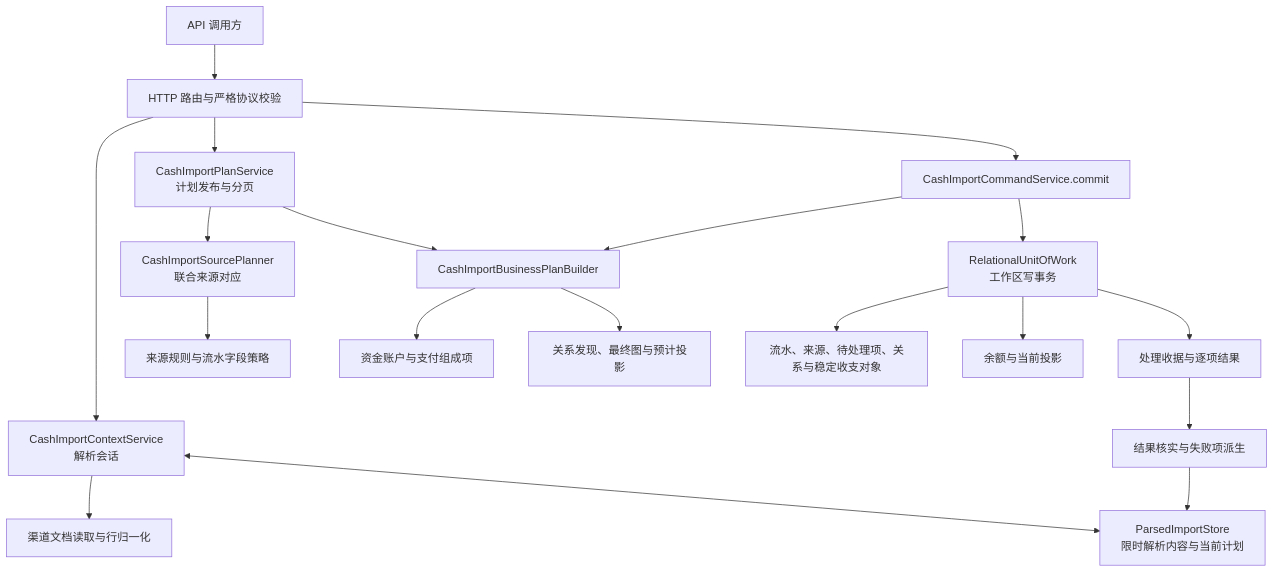
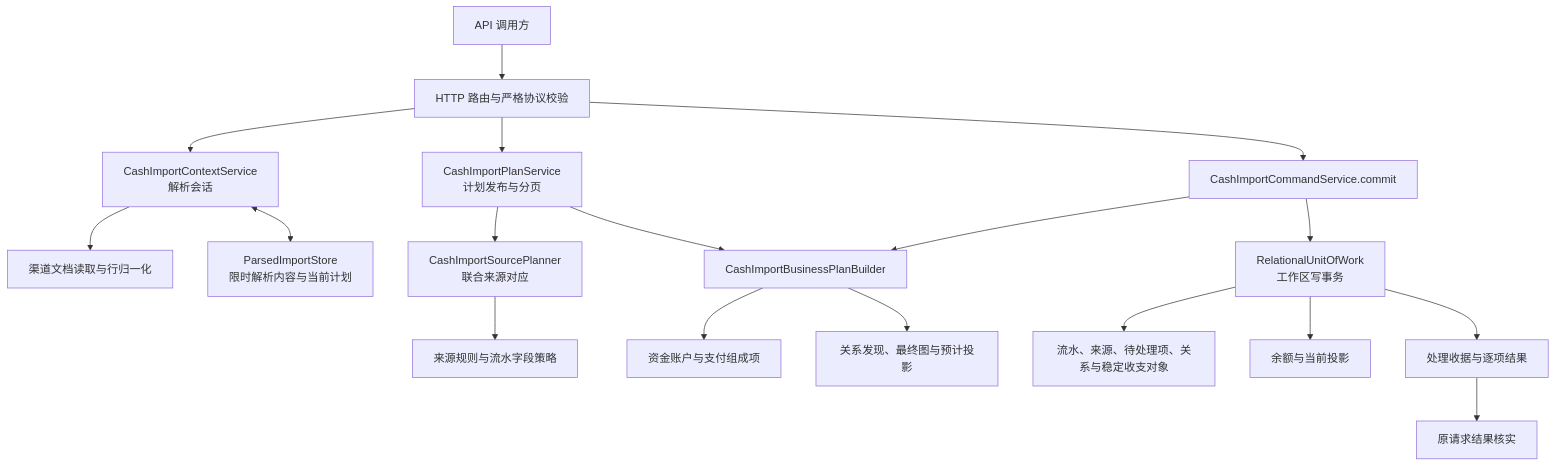
One commit to ssttkkl/finance-tracker changed the first of 5 diagrams in docs/cash-import-flow.md. Above: the diagram before and after it, drawn with Mermaid. The commit also changed other lines of this file and 92 other files, not shown here.

````diff
--- a/docs/cash-import-flow.md
+++ b/docs/cash-import-flow.md
@@ -54,21 +54,20 @@
 ```mermaid
 flowchart TD
     Client[API 调用方] --> Routes[HTTP 路由与严格协议校验]
     Routes --> Context[CashImportContextService\n解析会话]
     Context --> Parser[渠道文档读取与行归一化]
     Context <--> Store[ParsedImportStore\n限时解析内容与当前计划]
     Routes --> Plans[CashImportPlanService\n计划发布与分页]
     Plans --> Source[CashImportSourcePlanner\n联合来源对应]
     Plans --> Business[CashImportBusinessPlanBuilder]
     Source --> Domain[来源规则与流水字段策略]
     Business --> Funding[资金账户与支付组成项]
     Business --> Graph[关系发现、最终图与预计投影]
     Routes --> Commit[CashImportCommandService.commit]
     Commit --> Business
     Commit --> UOW[RelationalUnitOfWork\n工作区写事务]
     UOW --> Facts[流水、来源、待处理项、关系与稳定收支对象]
     UOW --> ReadModel[余额与当前投影]
     UOW --> Receipt[处理收据与逐项结果]
-    Receipt --> Retry[结果核实与失败项派生]
-    Retry --> Store
+    Receipt --> Resolve[原请求结果核实]
 ```
````
